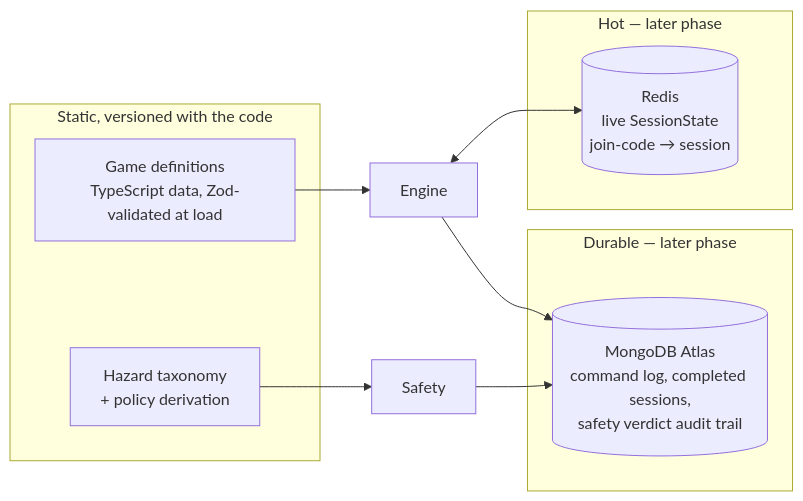
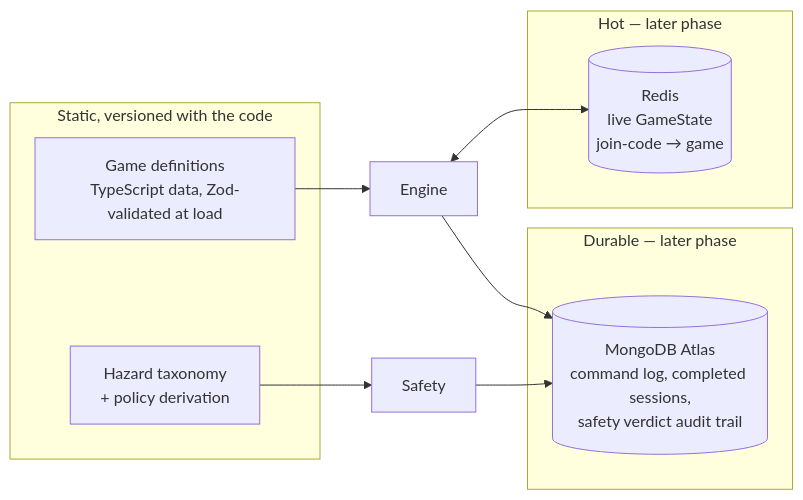
The sixth of 9 diagrams in ARCHITECTURE.md (SHWETANK-SAURABH/touchgrass-game-master), drawn with Mermaid before and after one commit. The commit also changed other lines of this file and 47 other files, not shown here.

````diff
--- a/ARCHITECTURE.md
+++ b/ARCHITECTURE.md
@@ -322,21 +318,21 @@
 ```mermaid
 flowchart LR
     subgraph Static["Static, versioned with the code"]
         Defs["Game definitions<br/>TypeScript data, Zod-validated at load"]
         Hazards["Hazard taxonomy<br/>+ policy derivation"]
     end
 
     subgraph Hot["Hot — later phase"]
-        R[("Redis<br/>live SessionState<br/>join-code → session")]
+        R[("Redis<br/>live GameState<br/>join-code → game")]
     end
 
     subgraph Durable["Durable — later phase"]
         M[("MongoDB Atlas<br/>command log, completed sessions,<br/>safety verdict audit trail")]
     end
 
     Defs --> Engine["Engine"]
     Hazards --> Safety["Safety"]
     Engine <--> R
     Engine --> M
     Safety --> M
 ```
````
